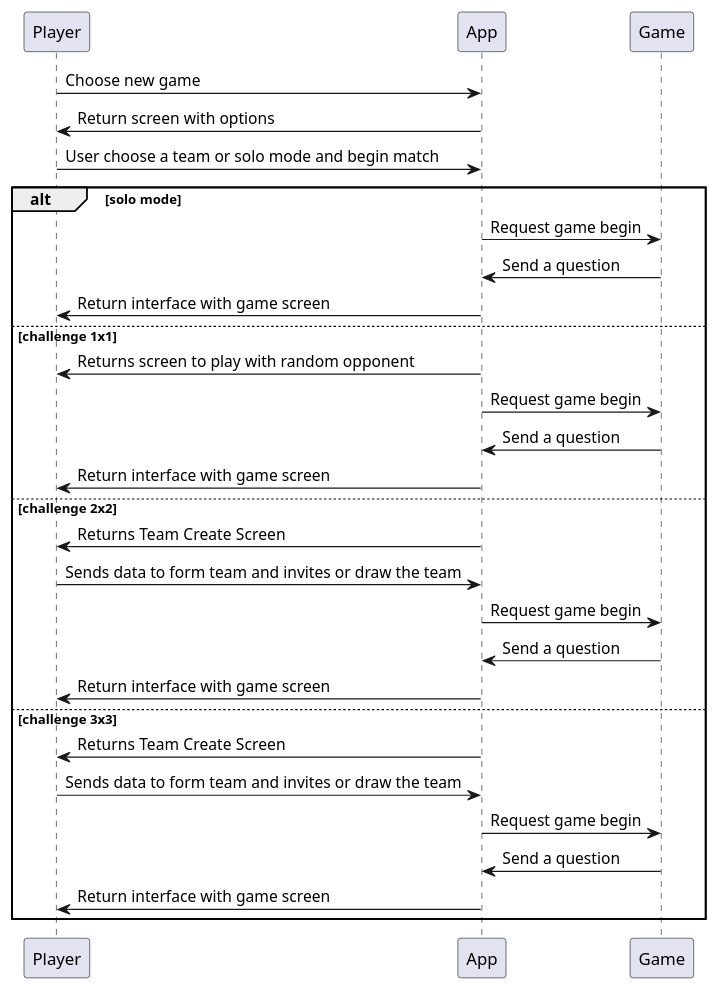
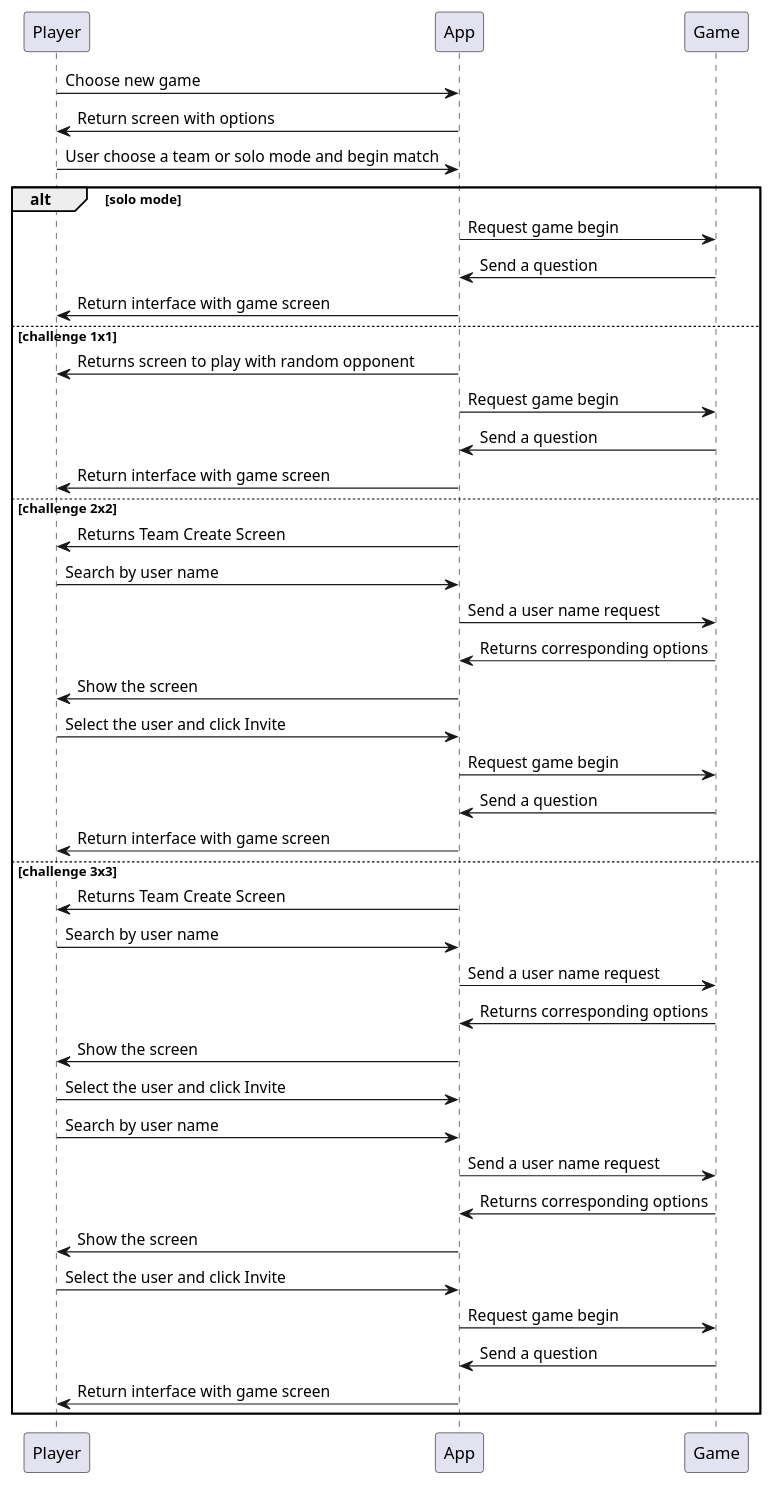
One commit to orion-services/game changed the diagram in docs/uml/NFD_CreateTeam.puml. Above: the diagram before and after it, drawn with PlantUML.

```diff
--- a/docs/uml/NFD_CreateTeam.puml
+++ b/docs/uml/NFD_CreateTeam.puml
@@ -1,35 +1,46 @@
-@startuml NFD_Game
+@startuml NFD_CreateTeam
 
 Player -> App : Choose new game
 Player <- App : Return screen with options
 Player -> App : User choose a team or solo mode and begin match
 
 alt solo mode
     App -> Game : Request game begin
     App <- Game : Send a question
     Player <- App : Return interface with game screen
 
 else challenge 1x1
     App -> Player : Returns screen to play with random opponent
     App -> Game : Request game begin
     App <- Game : Send a question
     Player <- App : Return interface with game screen
     
 else challenge 2x2
     App -> Player : Returns Team Create Screen
-    Player -> App: Sends data to form team and invites or draw the team
+    Player -> App: Search by user name
+    App -> Game : Send a user name request
+    Game -> App : Returns corresponding options
+    App -> Player : Show the screen
+    Player -> App: Select the user and click Invite
     App -> Game : Request game begin
     App <- Game : Send a question
     Player <- App : Return interface with game screen
     
 else challenge 3x3
     App -> Player : Returns Team Create Screen
-    Player -> App: Sends data to form team and invites or draw the team
+    Player -> App: Search by user name
+    App -> Game : Send a user name request
+    Game -> App : Returns corresponding options
+    App -> Player : Show the screen
+    Player -> App: Select the user and click Invite
+    Player -> App: Search by user name
+    App -> Game : Send a user name request
+    Game -> App : Returns corresponding options
+    App -> Player : Show the screen
+    Player -> App: Select the user and click Invite
     App -> Game : Request game begin
     App <- Game : Send a question
     Player <- App : Return interface with game screen
-    
-
 end
 
 @enduml
```
